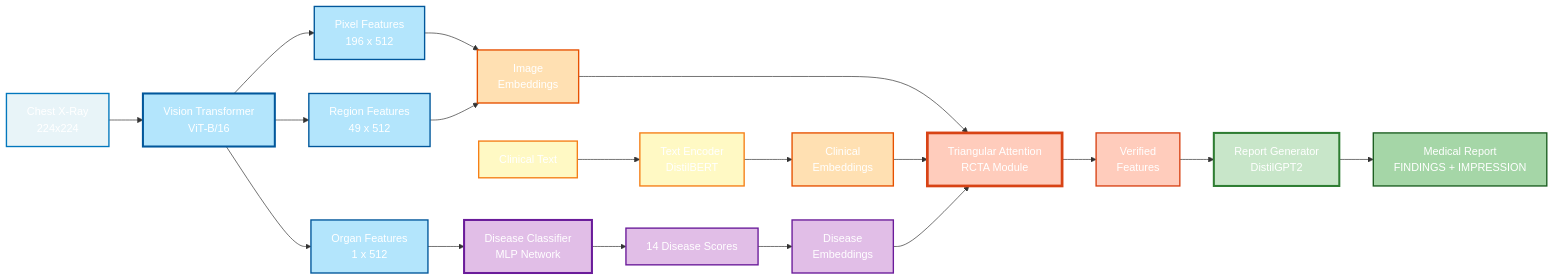
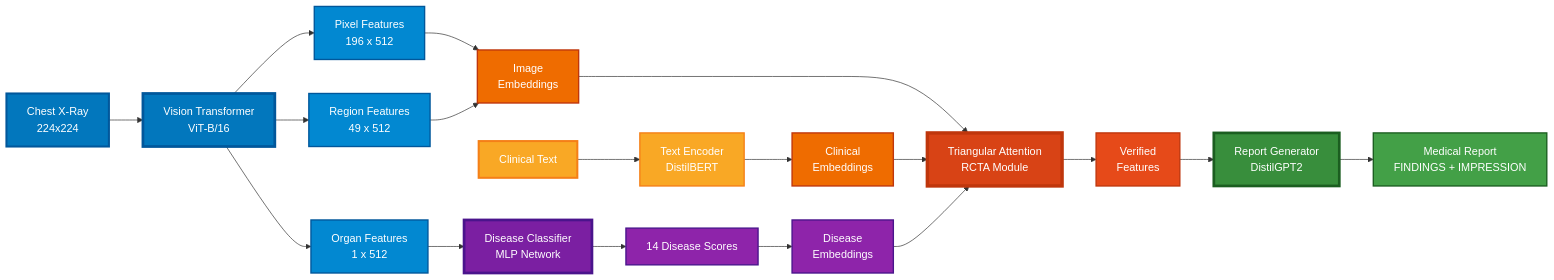
The diagram in PS_2_Cognitive_Radiology_Report/README.md (a-zax/monikabhati2005), drawn with Mermaid before and after one commit. The commit also changed other lines of this file, not shown here.

Commit message:
feat: Add final submission checklist, PDF generation guide, and project Git setup scripts.

````diff
--- a/PS_2_Cognitive_Radiology_Report/README.md
+++ b/PS_2_Cognitive_Radiology_Report/README.md
@@ -19,48 +19,48 @@
 ```mermaid
 flowchart LR
     A[Chest X-Ray<br/>224x224] --> B[Vision Transformer<br/>ViT-B/16]
     
     B --> C1[Pixel Features<br/>196 x 512]
     B --> C2[Region Features<br/>49 x 512]
     B --> C3[Organ Features<br/>1 x 512]
     
     C3 --> D[Disease Classifier<br/>MLP Network]
     D --> E[14 Disease Scores]
     
     C1 --> F[Image<br/>Embeddings]
     C2 --> F
     
     G[Clinical Text] --> H[Text Encoder<br/>DistilBERT]
     H --> I[Clinical<br/>Embeddings]
     
     E --> J[Disease<br/>Embeddings]
     
     F --> K[Triangular Attention<br/>RCTA Module]
     I --> K
     J --> K
     
     K --> L[Verified<br/>Features]
     L --> M[Report Generator<br/>DistilGPT2]
     M --> N[Medical Report<br/>FINDINGS + IMPRESSION]
     
-    style A fill:#E8F4F8,stroke:#0277BD,stroke-width:2px,color:#fff
-    style B fill:#B3E5FC,stroke:#01579B,stroke-width:3px,color:#fff
-    style C1 fill:#B3E5FC,stroke:#01579B,stroke-width:2px,color:#fff
-    style C2 fill:#B3E5FC,stroke:#01579B,stroke-width:2px,color:#fff
-    style C3 fill:#B3E5FC,stroke:#01579B,stroke-width:2px,color:#fff
+    style A fill:#0277BD,stroke:#01579B,stroke-width:3px,color:#fff
+    style B fill:#0277BD,stroke:#01579B,stroke-width:4px,color:#fff
+    style C1 fill:#0288D1,stroke:#01579B,stroke-width:2px,color:#fff
+    style C2 fill:#0288D1,stroke:#01579B,stroke-width:2px,color:#fff
+    style C3 fill:#0288D1,stroke:#01579B,stroke-width:2px,color:#fff
     
-    style D fill:#E1BEE7,stroke:#6A1B9A,stroke-width:3px,color:#fff
-    style E fill:#E1BEE7,stroke:#6A1B9A,stroke-width:2px,color:#fff
+    style D fill:#7B1FA2,stroke:#4A148C,stroke-width:4px,color:#fff
+    style E fill:#8E24AA,stroke:#4A148C,stroke-width:2px,color:#fff
     
-    style F fill:#FFE0B2,stroke:#E65100,stroke-width:2px,color:#fff
-    style G fill:#FFF9C4,stroke:#F57F17,stroke-width:2px,color:#fff
-    style H fill:#FFF9C4,stroke:#F57F17,stroke-width:2px,color:#fff
-    style I fill:#FFE0B2,stroke:#E65100,stroke-width:2px,color:#fff
-    style J fill:#E1BEE7,stroke:#6A1B9A,stroke-width:2px,color:#fff
+    style F fill:#EF6C00,stroke:#BF360C,stroke-width:2px,color:#fff
+    style G fill:#F9A825,stroke:#F57F17,stroke-width:3px,color:#fff
+    style H fill:#F9A825,stroke:#F57F17,stroke-width:2px,color:#fff
+    style I fill:#EF6C00,stroke:#BF360C,stroke-width:2px,color:#fff
+    style J fill:#8E24AA,stroke:#4A148C,stroke-width:2px,color:#fff
     
-    style K fill:#FFCCBC,stroke:#D84315,stroke-width:4px,color:#fff
-    style L fill:#FFCCBC,stroke:#D84315,stroke-width:2px,color:#fff
+    style K fill:#D84315,stroke:#BF360C,stroke-width:5px,color:#fff
+    style L fill:#E64A19,stroke:#BF360C,stroke-width:2px,color:#fff
     
-    style M fill:#C8E6C9,stroke:#2E7D32,stroke-width:3px,color:#fff
-    style N fill:#A5D6A7,stroke:#1B5E20,stroke-width:2px,color:#fff
+    style M fill:#388E3C,stroke:#1B5E20,stroke-width:4px,color:#fff
+    style N fill:#43A047,stroke:#1B5E20,stroke-width:2px,color:#fff
 ```
````
